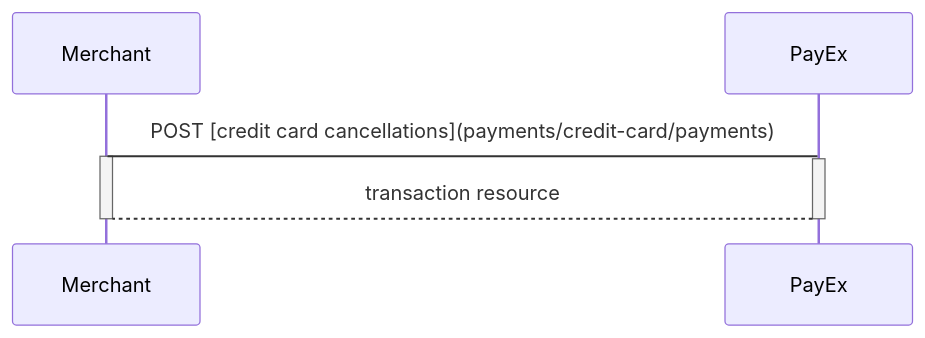
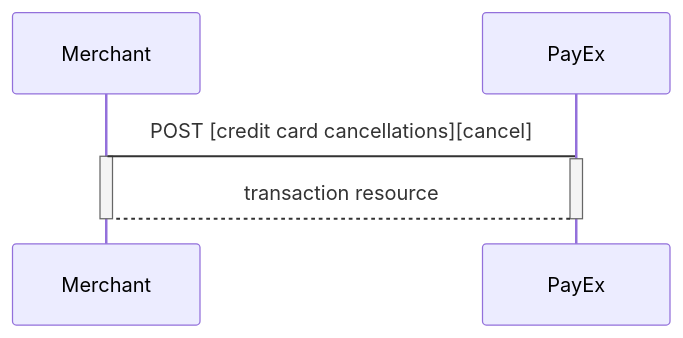
Before and after one commit to SwedbankPay/developer.swedbankpay.com: the ninth of 10 diagrams in payments/credit-card/after-payment.md, drawn with Mermaid. The commit also changed other lines of this file and 5 other files, not shown here.

````diff
--- a/payments/credit-card/after-payment.md
+++ b/payments/credit-card/after-payment.md
@@ -645,9 +647,9 @@
 ```mermaid
 sequenceDiagram
-  Merchant->PayEx: POST [credit card cancellations](payments/credit-card/payments)
+  Merchant->PayEx: POST [credit card cancellations][cancel]
   Activate Merchant
   Activate PayEx
   PayEx-->Merchant: transaction resource
   Deactivate PayEx
   Deactivate Merchant
 ```
````
